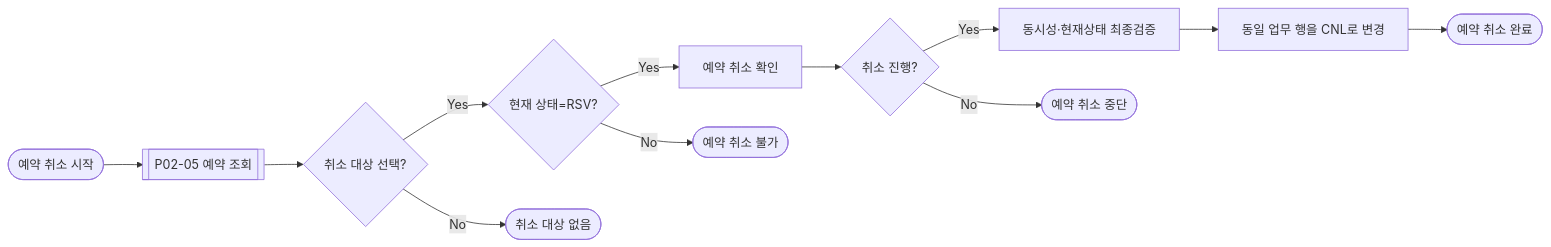
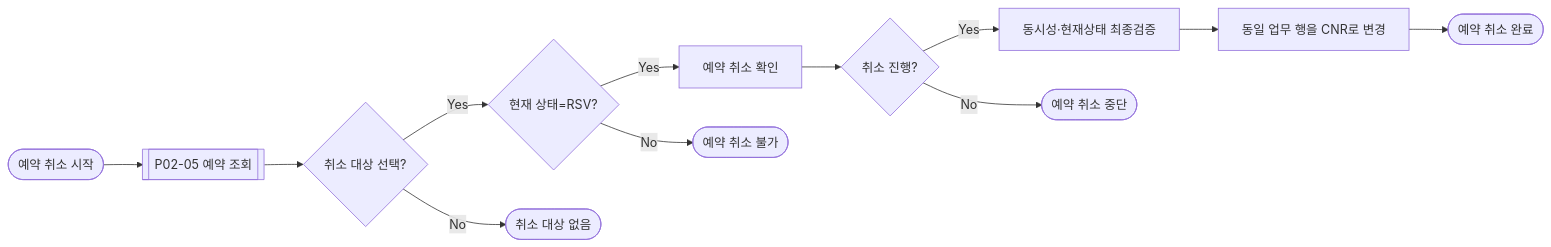
Diagram 16 of 23 in docs/baseline/01_Process_Definition.md (wotjr1649/HealthCheckupReservationReception), drawn with Mermaid before and after one commit. The commit also changed other lines of this file and 3 other files, not shown here.

````diff
--- a/docs/baseline/01_Process_Definition.md
+++ b/docs/baseline/01_Process_Definition.md
@@ -640,27 +640,27 @@
 ```mermaid
 flowchart LR
     S1([예약 취소 시작])
     S2[[P02-05 예약 조회]]
     S3{취소 대상 선택?}
     S4{현재 상태=RSV?}
     S5[예약 취소 확인]
     S6{취소 진행?}
     S7[동시성·현재상태 최종검증]
-    S8[동일 업무 행을 CNL로 변경]
+    S8[동일 업무 행을 CNR로 변경]
     E1([예약 취소 완료])
     E2([취소 대상 없음])
     E3([예약 취소 불가])
     E4([예약 취소 중단])
 
     S1 --> S2
     S2 --> S3
     S3 -->|No| E2
     S3 -->|Yes| S4
     S4 -->|No| E3
     S4 -->|Yes| S5
     S5 --> S6
     S6 -->|No| E4
     S6 -->|Yes| S7
     S7 --> S8
     S8 --> E1
 ```
````
